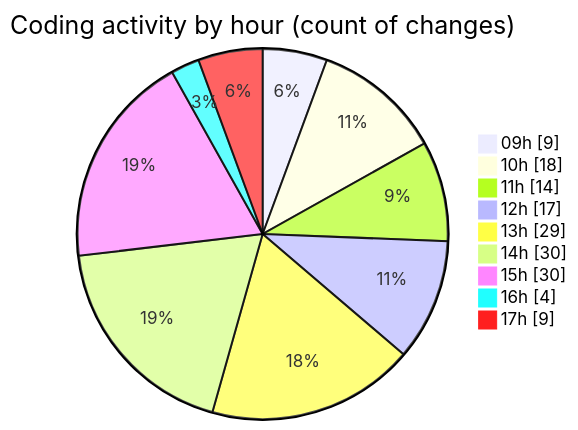
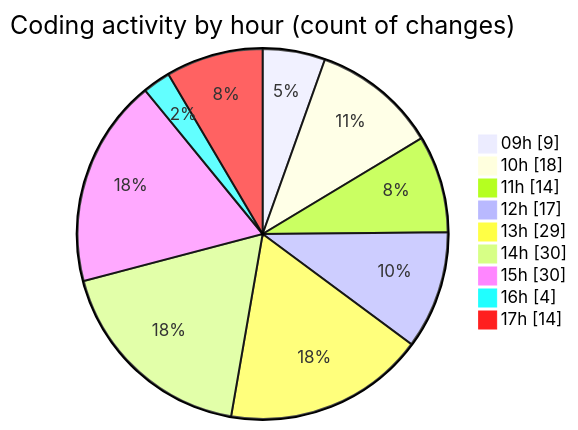
The second of 2 diagrams in 2025-03-24/cda/README.md (momahboobian/code-tracking), drawn with Mermaid before and after one commit. The commit also changed other lines of this file and 1 other file, not shown here.

````diff
--- a/2025-03-24/cda/README.md
+++ b/2025-03-24/cda/README.md
@@ -54,13 +54,13 @@
 ```mermaid
 pie showData
 title Coding activity by hour (count of changes)
 "09h" : 9
 "10h" : 18
 "11h" : 14
 "12h" : 17
 "13h" : 29
 "14h" : 30
 "15h" : 30
 "16h" : 4
-"17h" : 9
+"17h" : 14
 ```
````
